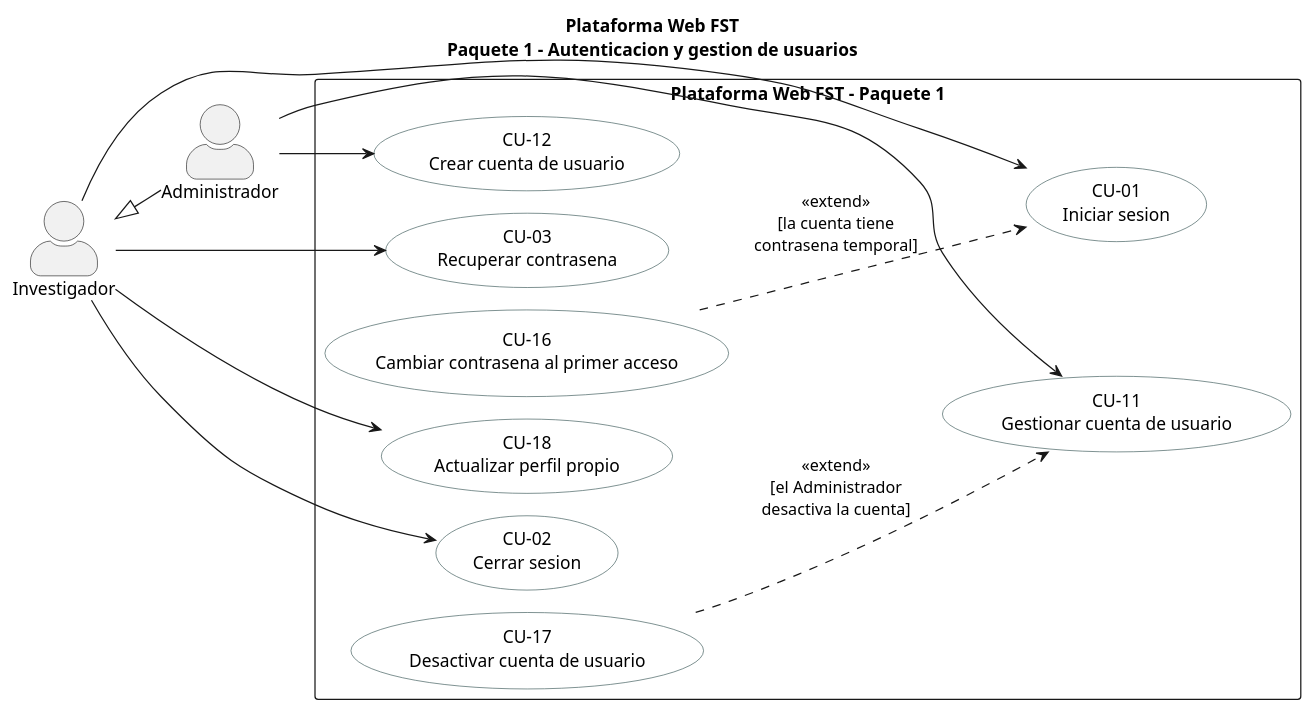
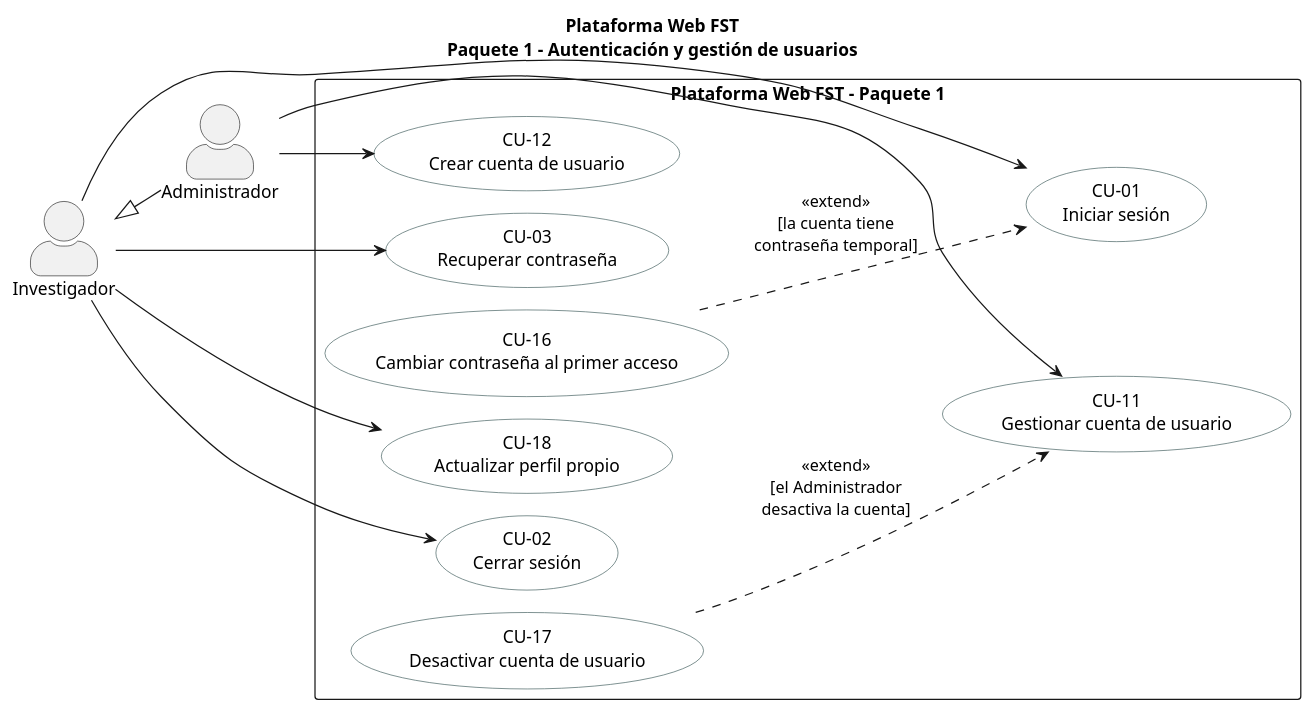
One commit to ErickJester/fst-ai-system-latex changed the diagram in diagramas/puml/cu_paquete1.puml. Above: the diagram before and after it, drawn with PlantUML. The commit also changed 25 other files, not shown here.

```diff
--- a/diagramas/puml/cu_paquete1.puml
+++ b/diagramas/puml/cu_paquete1.puml
@@ -1,32 +1,32 @@
 @startuml
 !pragma layout smetana
-title Plataforma Web FST\nPaquete 1 - Autenticacion y gestion de usuarios
+title Plataforma Web FST\nPaquete 1 - Autenticación y gestión de usuarios
 left to right direction
 skinparam packageStyle rectangle
 skinparam actorStyle awesome
 skinparam usecase {
   BackgroundColor White
   BorderColor DarkSlateGray
 }
 actor "Investigador" as INV
 actor "Administrador" as ADMIN
 INV <|-- ADMIN
 rectangle "Plataforma Web FST - Paquete 1" {
-  usecase "CU-01\nIniciar sesion" as CU01
-  usecase "CU-02\nCerrar sesion" as CU02
-  usecase "CU-03\nRecuperar contrasena" as CU03
-  usecase "CU-16\nCambiar contrasena al primer acceso" as CU16
+  usecase "CU-01\nIniciar sesión" as CU01
+  usecase "CU-02\nCerrar sesión" as CU02
+  usecase "CU-03\nRecuperar contraseña" as CU03
+  usecase "CU-16\nCambiar contraseña al primer acceso" as CU16
   usecase "CU-18\nActualizar perfil propio" as CU18
   usecase "CU-11\nGestionar cuenta de usuario" as CU11
   usecase "CU-12\nCrear cuenta de usuario" as CU12
   usecase "CU-17\nDesactivar cuenta de usuario" as CU17
 }
 INV --> CU01
 INV --> CU02
 INV --> CU03
 INV --> CU18
 ADMIN --> CU11
 ADMIN --> CU12
-CU16 ..> CU01 : <<extend>>\n[la cuenta tiene\ncontrasena temporal]
+CU16 ..> CU01 : <<extend>>\n[la cuenta tiene\ncontraseña temporal]
 CU17 ..> CU11 : <<extend>>\n[el Administrador\ndesactiva la cuenta]
 @enduml
```
